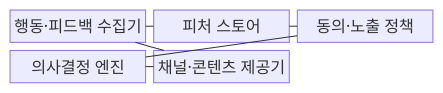
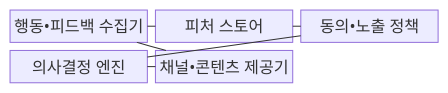
The first of 2 diagrams in src/content/docs/notes/03-software/210_hyper_personalization_service.md (agnusdei1207/knowledge-base), drawn with Mermaid before and after one commit. The commit also changed other lines of this file and 953 other files, not shown here.

````diff
--- a/src/content/docs/notes/03-software/210_hyper_personalization_service.md
+++ b/src/content/docs/notes/03-software/210_hyper_personalization_service.md
@@ -68,14 +68,14 @@
 ```mermaid
 block-beta
     columns 3
-    A["행동·피드백 수집기"]
+    A["행동•피드백 수집기"]
     B["피처 스토어"]
-    C["동의·노출 정책"]
+    C["동의•노출 정책"]
     D["의사결정 엔진"]
-    E["채널·콘텐츠 제공기"]
+    E["채널•콘텐츠 제공기"]
     A --- B
     B --- C
     C --- D
     D --- E
     E --- A
 ```
````
